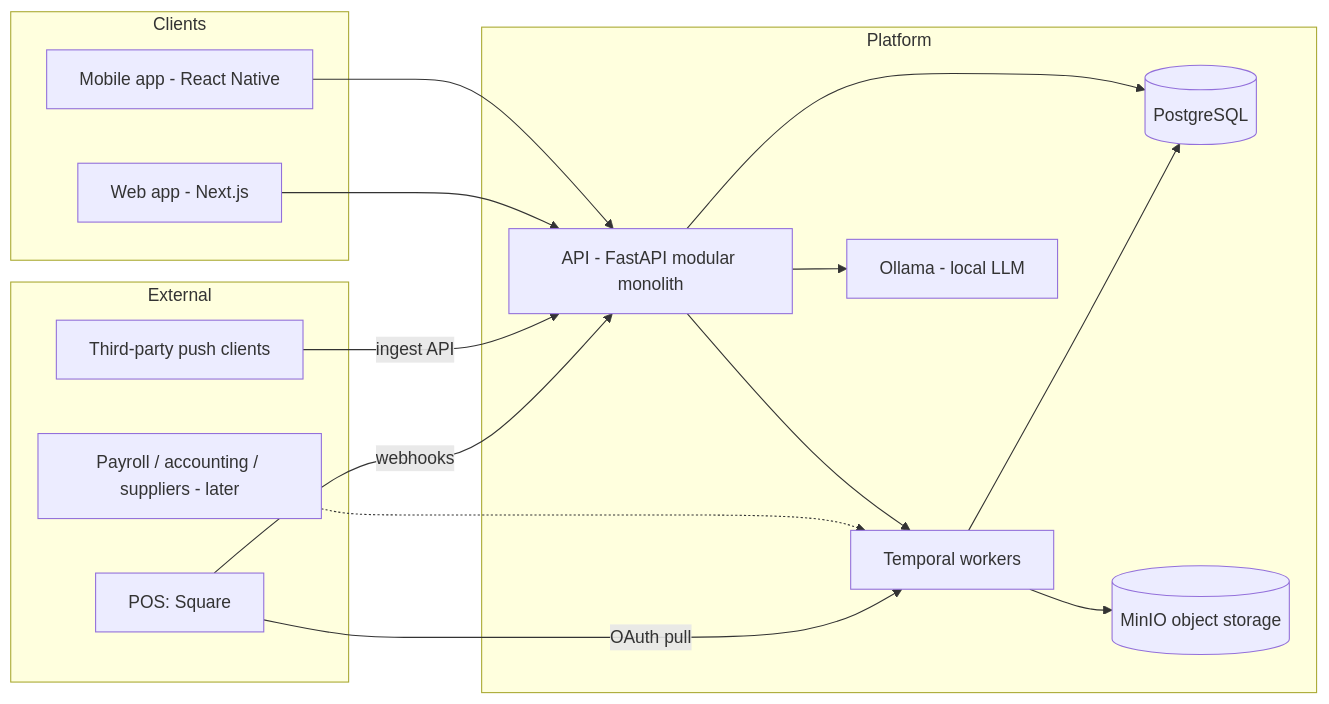
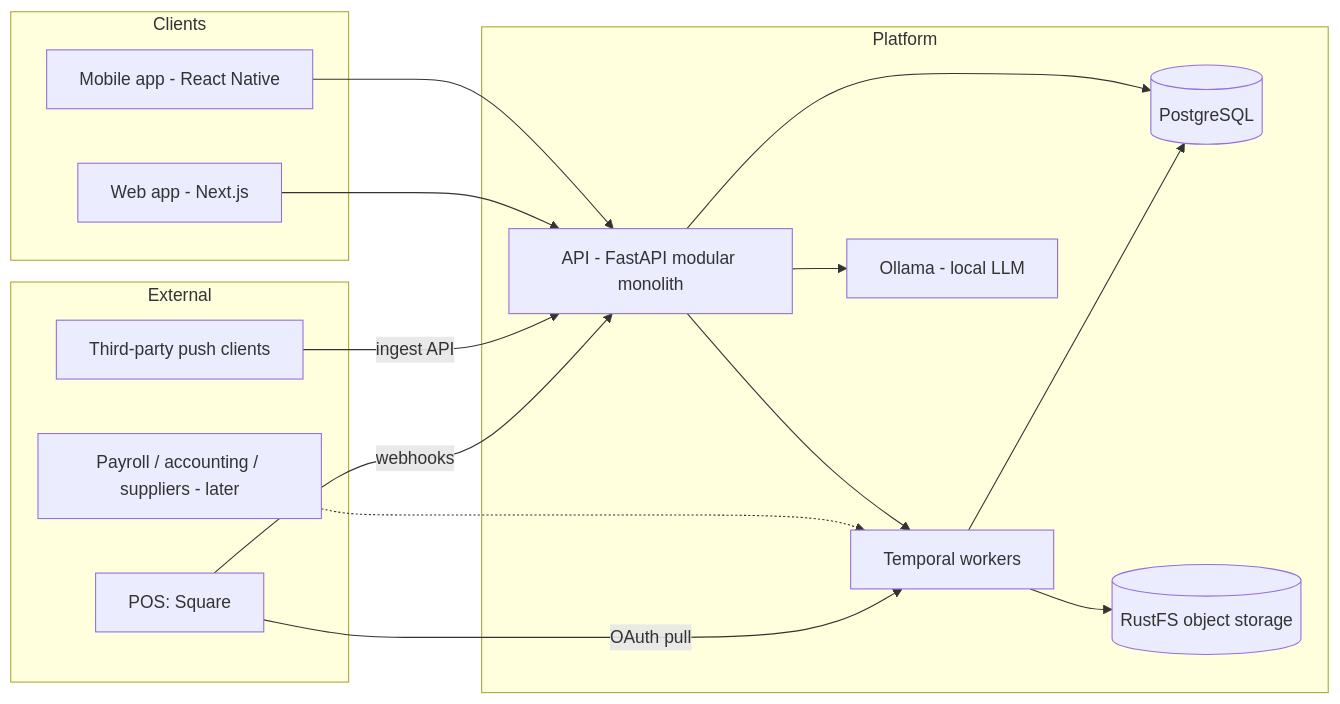
Before and after one commit to emd5953/ChefOS: the diagram in docs/architecture.md, drawn with Mermaid. The commit also changed other lines of this file and 208 other files, not shown here.

````diff
--- a/docs/architecture.md
+++ b/docs/architecture.md
@@ -12,33 +12,33 @@
 ```mermaid
 flowchart LR
     subgraph External
       POS[POS: Square]
       PAY[Payroll / accounting / suppliers - later]
       PUSH[Third-party push clients]
     end
 
     subgraph Clients
       WEB[Web app - Next.js]
       MOB[Mobile app - React Native]
     end
 
     subgraph Platform
       API[API - FastAPI modular monolith]
       WK[Temporal workers]
       DB[(PostgreSQL)]
-      S3[(MinIO object storage)]
+      S3[(RustFS object storage)]
       LLM[Ollama - local LLM]
     end
 
     POS -- OAuth pull --> WK
     POS -- webhooks --> API
     PUSH -- ingest API --> API
     PAY -.-> WK
     API --> WK
     WK --> DB
     WK --> S3
     API --> DB
     WEB --> API
     MOB --> API
     API --> LLM
 ```
````
